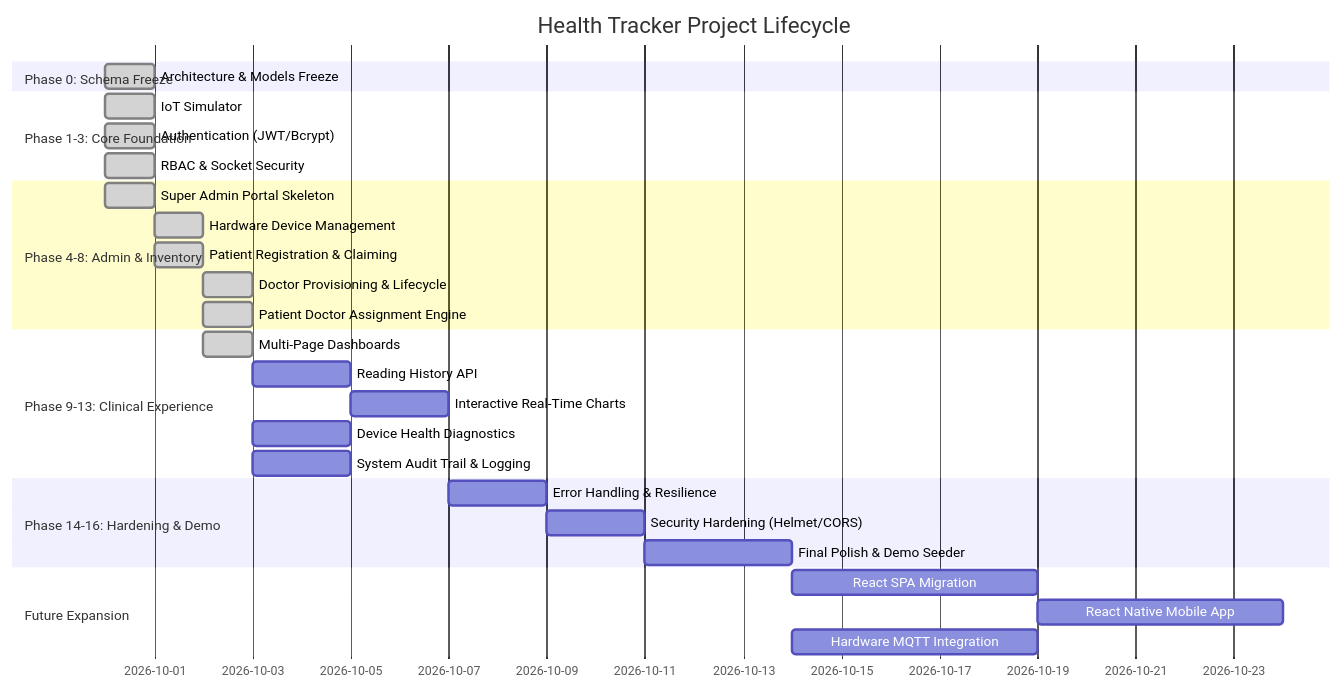
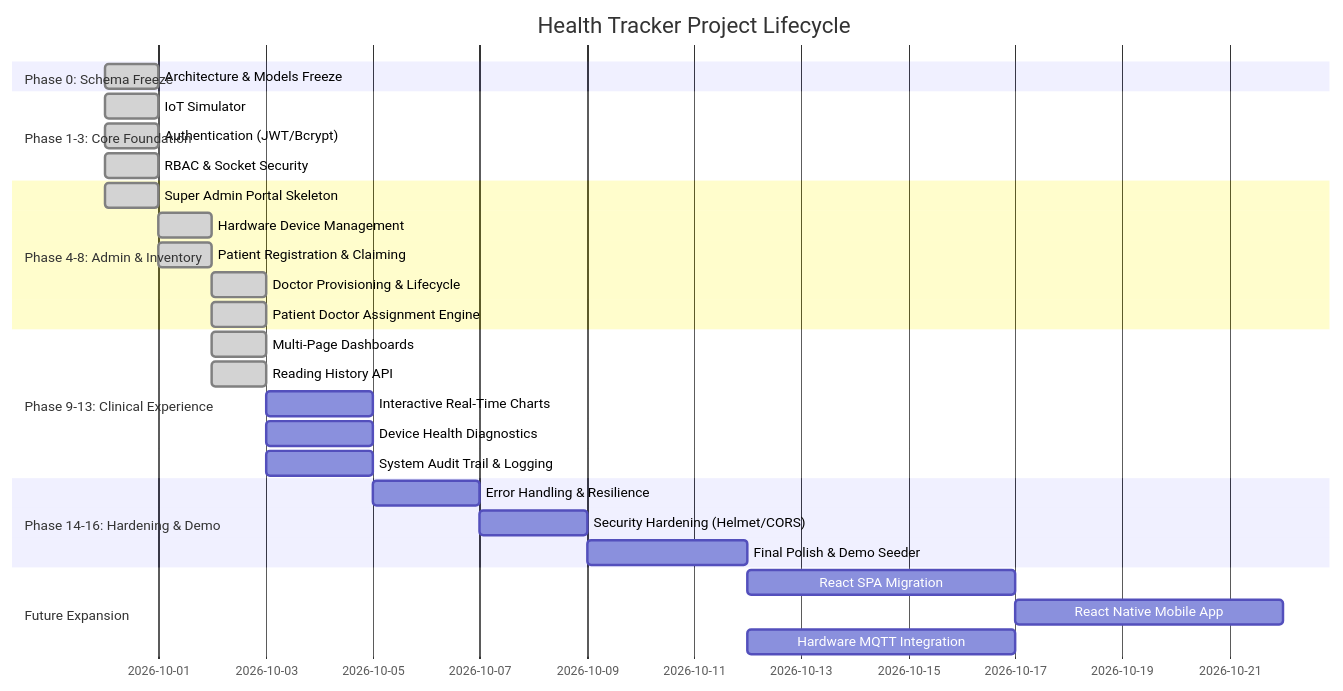
The diagram in doc/HEALTH_TRACKER_PROGRESS.md (Rishi-Dev-pro/med-p), drawn with Mermaid before and after one commit. The commit also changed other lines of this file and 12 other files, not shown here.

Commit message:
feat: implement phase 10 reading history engine

````diff
--- a/doc/HEALTH_TRACKER_PROGRESS.md
+++ b/doc/HEALTH_TRACKER_PROGRESS.md
@@ -24,31 +24,31 @@
 ```mermaid
 gantt
     title Health Tracker Project Lifecycle
     dateFormat  YYYY-MM-DD
     section Phase 0: Schema Freeze
     Architecture & Models Freeze       :done, p0, 2026-09-30, 1d
     section Phase 1-3: Core Foundation
     IoT Simulator                     :done, p1, 2026-09-30, 1d
     Authentication (JWT/Bcrypt)       :done, p2, 2026-09-30, 1d
     RBAC & Socket Security            :done, p3, 2026-09-30, 1d
     section Phase 4-8: Admin & Inventory
     Super Admin Portal Skeleton       :done, p4, 2026-09-30, 1d
     Hardware Device Management        :done, p5, 2026-10-01, 1d
     Patient Registration & Claiming   :done, p6, 2026-10-01, 1d
     Doctor Provisioning & Lifecycle   :done, p7, 2026-10-02, 1d
     Patient Doctor Assignment Engine  :done, p8, 2026-10-02, 1d
     section Phase 9-13: Clinical Experience
     Multi-Page Dashboards             :done, p9, 2026-10-02, 1d
-    Reading History API               :p10, after p9, 2d
+    Reading History API               :done, p10, 2026-10-02, 1d
     Interactive Real-Time Charts      :p11, after p10, 2d
     Device Health Diagnostics         :p12, after p9, 2d
     System Audit Trail & Logging      :p13, after p8, 2d
     section Phase 14-16: Hardening & Demo
     Error Handling & Resilience       :p14, after p11, 2d
     Security Hardening (Helmet/CORS)  :p15, after p14, 2d
     Final Polish & Demo Seeder        :p16, after p15, 3d
     section Future Expansion
     React SPA Migration               :p17, after p16, 5d
     React Native Mobile App           :p18, after p17, 5d
     Hardware MQTT Integration         :p19, after p16, 5d
 ```
````
